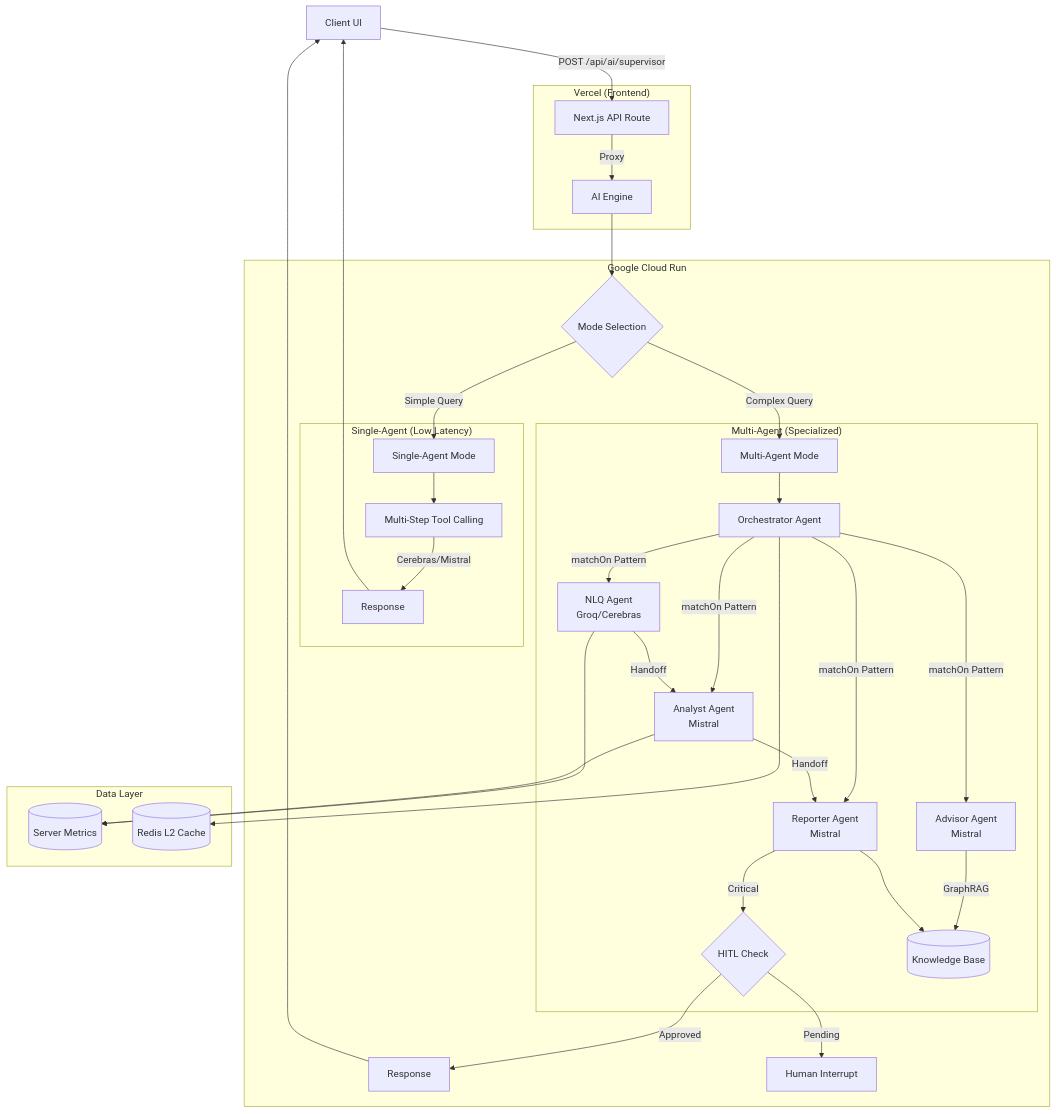
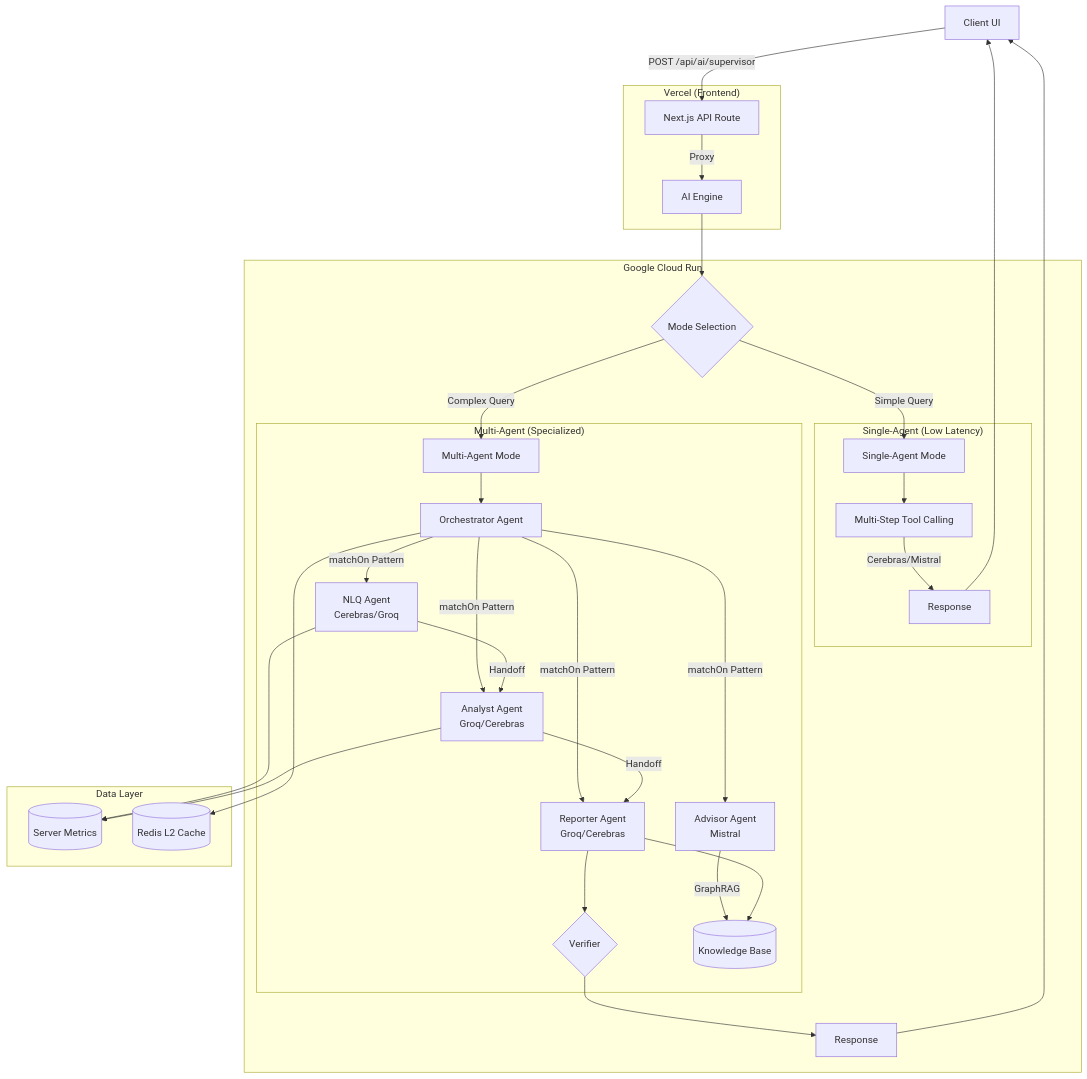
One commit to skyasu2/openmanager-vibe-v5 changed the first of 4 diagrams in docs/reference/architecture/ai/ai-engine-architecture.md. Above: the diagram before and after it, drawn with Mermaid. The commit also changed other lines of this file and 8 other files, not shown here.

````diff
--- a/docs/reference/architecture/ai/ai-engine-architecture.md
+++ b/docs/reference/architecture/ai/ai-engine-architecture.md
@@ -96,46 +96,45 @@
 ```mermaid
 graph TD
     Client[Client UI] -->|POST /api/ai/supervisor| API[Next.js API Route]
 
     subgraph "Vercel (Frontend)"
         API -->|Proxy| CloudRun
     end
 
     subgraph "Google Cloud Run"
         CloudRun[AI Engine] --> ModeSelect{Mode Selection}
 
         ModeSelect -->|Simple Query| SingleAgent[Single-Agent Mode]
         ModeSelect -->|Complex Query| MultiAgent[Multi-Agent Mode]
 
         subgraph "Single-Agent (Low Latency)"
             SingleAgent --> Tools[Multi-Step Tool Calling]
             Tools -->|Cerebras/Mistral| Response1[Response]
         end
 
         subgraph "Multi-Agent (Specialized)"
             MultiAgent --> Orchestrator[Orchestrator Agent]
-            Orchestrator -->|matchOn Pattern| NLQ[NLQ Agent<br/>Groq/Cerebras]
-            Orchestrator -->|matchOn Pattern| Analyst[Analyst Agent<br/>Mistral]
-            Orchestrator -->|matchOn Pattern| Reporter[Reporter Agent<br/>Mistral]
+            Orchestrator -->|matchOn Pattern| NLQ[NLQ Agent<br/>Cerebras/Groq]
+            Orchestrator -->|matchOn Pattern| Analyst[Analyst Agent<br/>Groq/Cerebras]
+            Orchestrator -->|matchOn Pattern| Reporter[Reporter Agent<br/>Groq/Cerebras]
             Orchestrator -->|matchOn Pattern| Advisor[Advisor Agent<br/>Mistral]
 
             NLQ -->|Handoff| Analyst
             Analyst -->|Handoff| Reporter
-            Reporter -->|Critical| Approval{HITL Check}
+            Reporter --> Verifier{Verifier}
             Advisor -->|GraphRAG| RAG[(Knowledge Base)]
         end
 
-        Approval -->|Approved| Response2[Response]
-        Approval -->|Pending| Interrupt[Human Interrupt]
+        Verifier --> Response2[Response]
     end
 
     subgraph "Data Layer"
         NLQ --> Metrics[(Server Metrics)]
         Analyst --> Metrics
         Reporter --> RAG
         Orchestrator --> Cache[(Redis L2 Cache)]
     end
 
     Response1 --> Client
     Response2 --> Client
 ```
````
